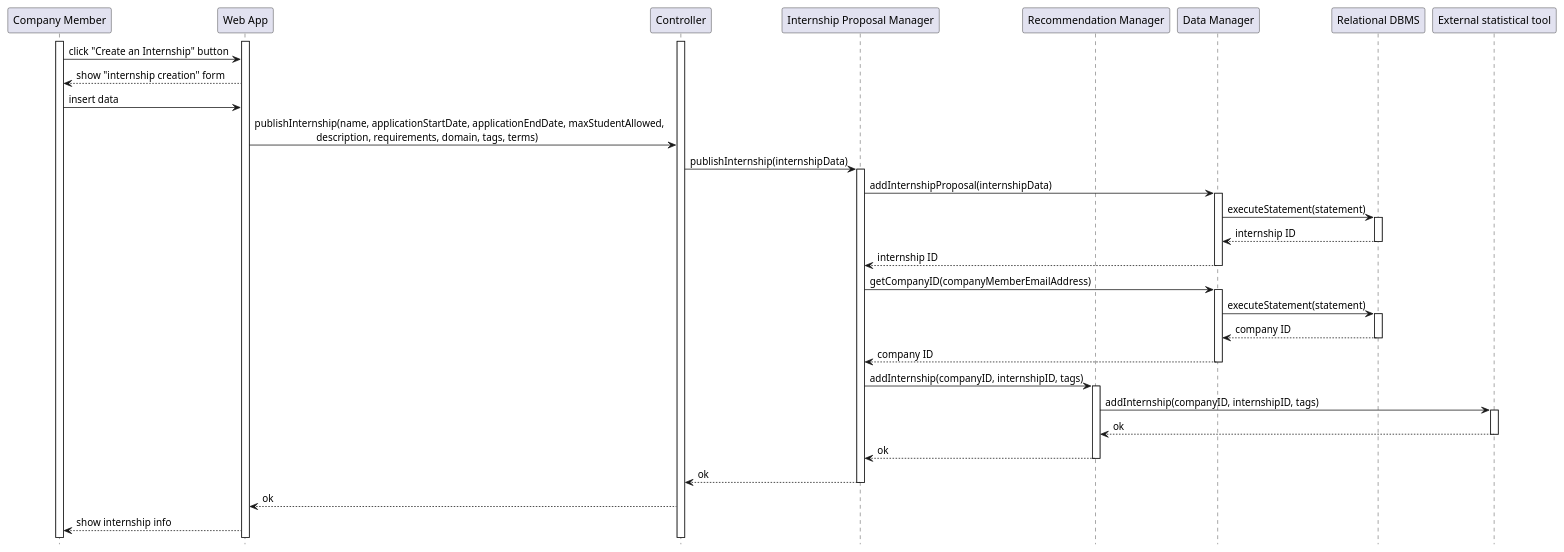
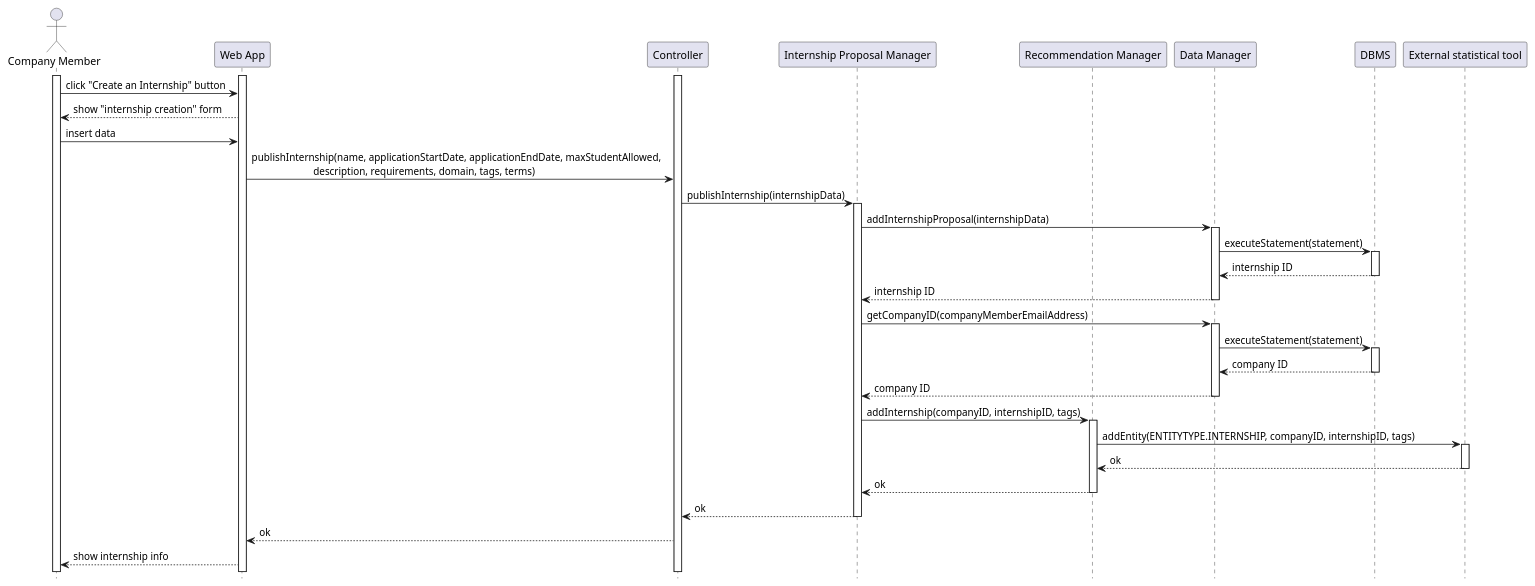
One commit to matti8702/R_and_DD_project_SE2 changed the diagram in DD/Architectural_design/uml_diagrams/RV7_diagram.puml. Above: the diagram before and after it, drawn with PlantUML. The commit also changed 9 other files, not shown here.

```diff
--- a/DD/Architectural_design/uml_diagrams/RV7_diagram.puml
+++ b/DD/Architectural_design/uml_diagrams/RV7_diagram.puml
@@ -1,54 +1,54 @@
 @startuml RV7_diagram
 hide footbox
 
-participant "Company Member" as CM
+actor "Company Member" as CM
 participant "Web App" as W
 participant "Controller" as C
 participant "Internship Proposal Manager" as I
 participant "Recommendation Manager" as RE
 participant "Data Manager" as DM
-participant "Relational DBMS" as RD
+participant "DBMS" as RD
 participant "External statistical tool" AS EXT
 
 activate CM
 activate W
 activate C
 CM -> W: click "Create an Internship" button
 W --> CM: show "internship creation" form
 CM -> W: insert data
 W -> C: publishInternship(name, applicationStartDate, applicationEndDate, maxStudentAllowed,\n\t\t\tdescription, requirements, domain, tags, terms)
 C -> I: publishInternship(internshipData)
 activate I
 I -> DM: addInternshipProposal(internshipData)
 activate DM
 DM -> RD: executeStatement(statement)
 activate RD
 RD --> DM: internship ID
 deactivate RD
 DM --> I: internship ID
 deactivate DM
 
 I -> DM: getCompanyID(companyMemberEmailAddress)
 activate DM
 DM -> RD: executeStatement(statement)
 activate RD
 RD --> DM: company ID
 deactivate RD
 DM --> I: company ID
 deactivate DM
 
 I -> RE: addInternship(companyID, internshipID, tags)
 activate RE
-RE -> EXT: addInternship(companyID, internshipID, tags)
+RE -> EXT: addEntity(ENTITYTYPE.INTERNSHIP, companyID, internshipID, tags)
 activate EXT
 EXT --> RE: ok
 deactivate EXT
 RE --> I: ok
 deactivate RE
 
 I --> C: ok
 deactivate I
 C --> W: ok
 W --> CM: show internship info
 
 @enduml
```
